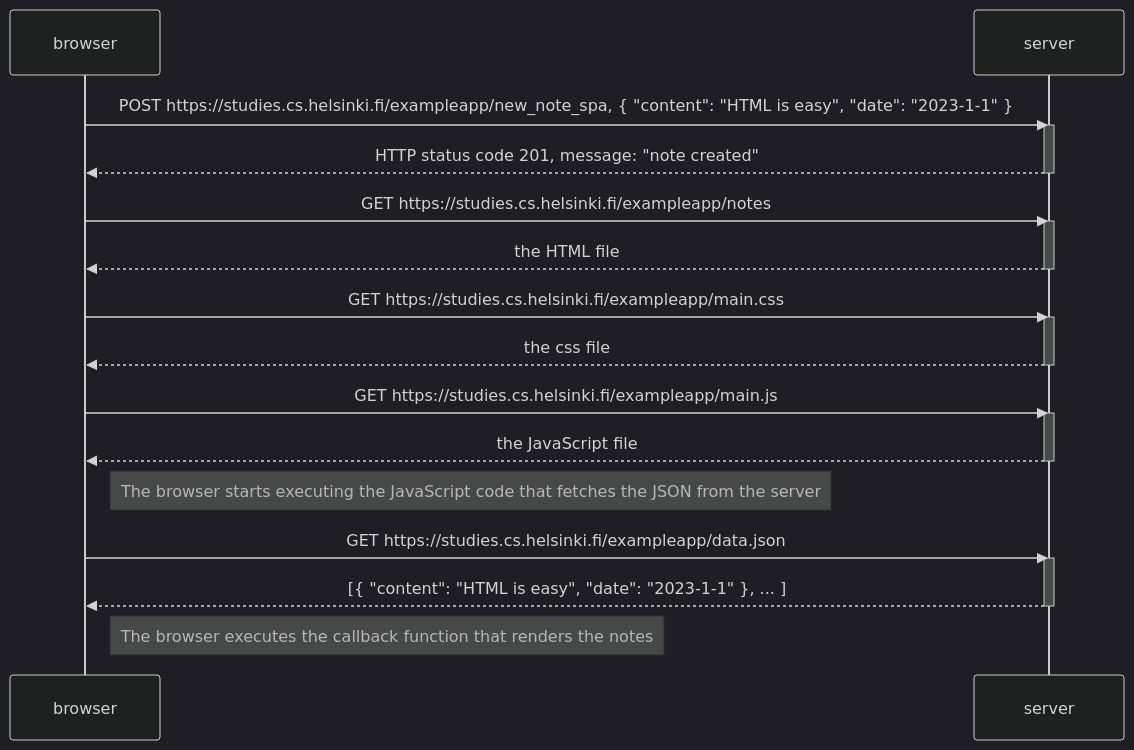
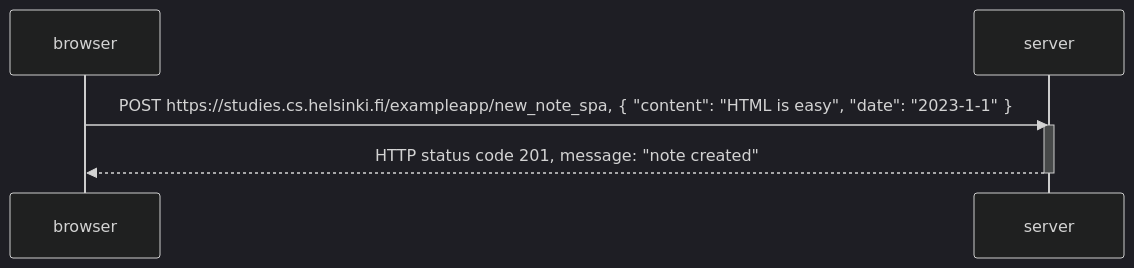
The diagram in part0/ex0.6.md (hoaingodong/ReactJS), drawn with Mermaid (dark theme) before and after one commit.

````diff
--- a/part0/ex0.6.md
+++ b/part0/ex0.6.md
@@ -1,36 +1,11 @@
 ```mermaid
 
 sequenceDiagram
     participant browser
     participant server
 
     browser->>server: POST https://studies.cs.helsinki.fi/exampleapp/new_note_spa, { "content": "HTML is easy", "date": "2023-1-1" }
     activate server 
     server-->>browser: HTTP status code 201, message: "note created"  
     deactivate server
-
-
-    browser->>server: GET https://studies.cs.helsinki.fi/exampleapp/notes
-    activate server
-    server-->>browser: the HTML file
-    deactivate server
-
-    browser->>server: GET https://studies.cs.helsinki.fi/exampleapp/main.css
-    activate server
-    server-->>browser: the css file
-    deactivate server
-
-    browser->>server: GET https://studies.cs.helsinki.fi/exampleapp/main.js
-    activate server
-    server-->>browser: the JavaScript file
-    deactivate server
-
-    Note right of browser: The browser starts executing the JavaScript code that fetches the JSON from the server
-
-    browser->>server: GET https://studies.cs.helsinki.fi/exampleapp/data.json
-    activate server
-    server-->>browser: [{ "content": "HTML is easy", "date": "2023-1-1" }, ... ]
-    deactivate server
-
-    Note right of browser: The browser executes the callback function that renders the notes
 ```
````
